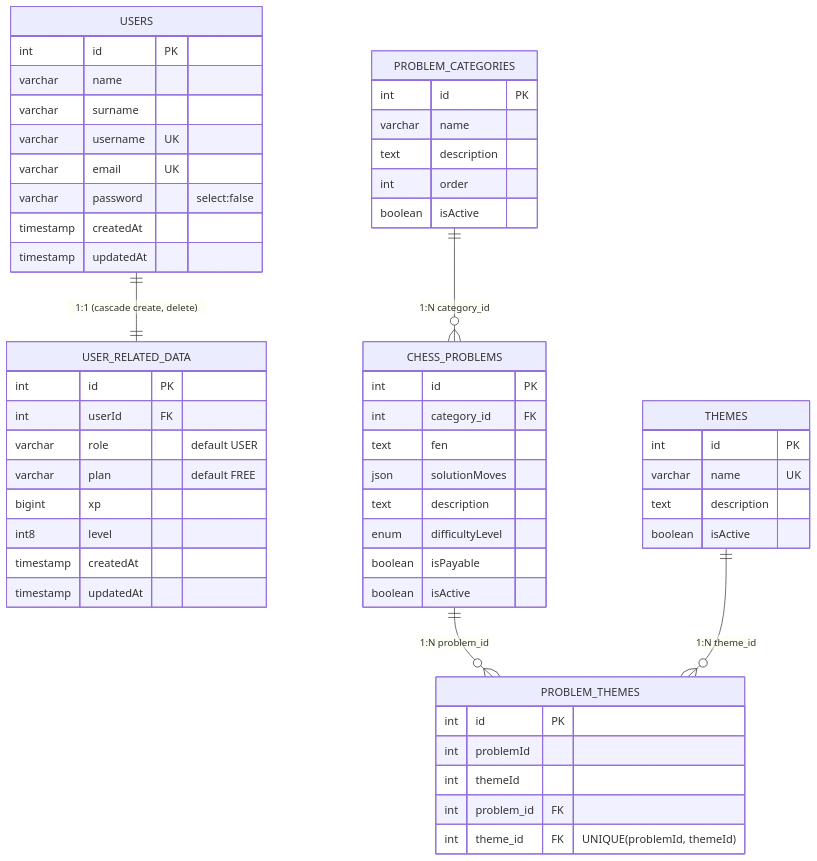
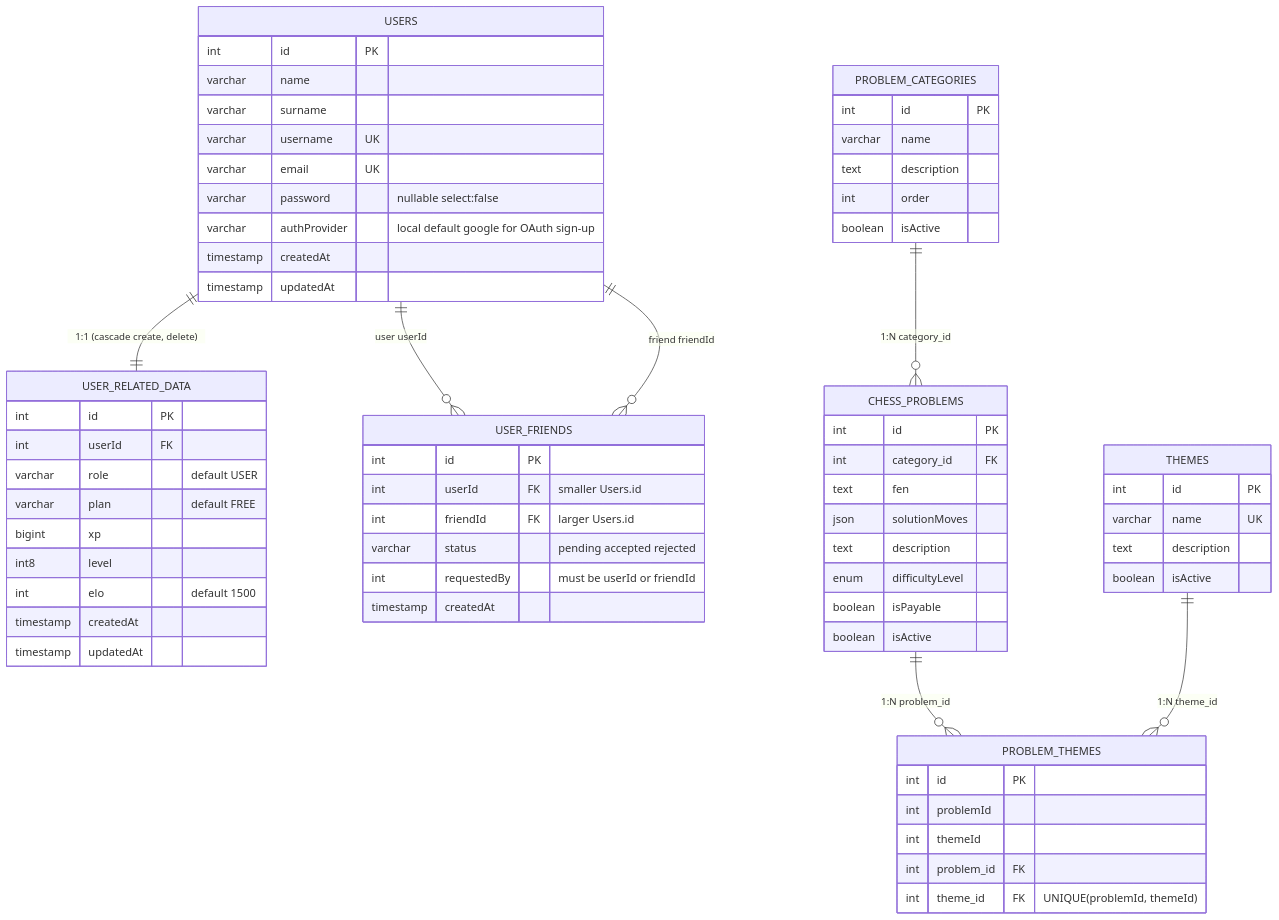
One commit to Aram47/chess-game-monolit-backend changed the first of 3 diagrams in docs/11-erd-databases.md. Above: the diagram before and after it, drawn with Mermaid. The commit also changed other lines of this file and 32 other files, not shown here.

Commit message:
[FEAT](profile): added functionality for the profile data getting, reset password and also friend request feature for the users

````diff
--- a/docs/11-erd-databases.md
+++ b/docs/11-erd-databases.md
@@ -15,64 +15,77 @@
 ```mermaid
 erDiagram
   USERS {
     int id PK
     varchar name
     varchar surname
     varchar username UK
     varchar email UK
-    varchar password "select:false"
+    varchar password "nullable select:false"
+    varchar authProvider "local default google for OAuth sign-up"
     timestamp createdAt
     timestamp updatedAt
   }
 
   USER_RELATED_DATA {
     int id PK
     int userId FK
     varchar role "default USER"
     varchar plan "default FREE"
     bigint xp
     int8 level
+    int elo "default 1500"
     timestamp createdAt
     timestamp updatedAt
+  }
+
+  USER_FRIENDS {
+    int id PK
+    int userId FK "smaller Users.id"
+    int friendId FK "larger Users.id"
+    varchar status "pending accepted rejected"
+    int requestedBy "must be userId or friendId"
+    timestamp createdAt
   }
 
   PROBLEM_CATEGORIES {
     int id PK
     varchar name
     text description
     int order
     boolean isActive
   }
 
   CHESS_PROBLEMS {
     int id PK
     int category_id FK
     text fen
     json solutionMoves
     text description
     enum difficultyLevel
     boolean isPayable
     boolean isActive
   }
 
   THEMES {
     int id PK
     varchar name UK
     text description
     boolean isActive
   }
 
   PROBLEM_THEMES {
     int id PK
     int problemId
     int themeId
     int problem_id FK
     int theme_id FK
     "UNIQUE(problemId, themeId)"
   }
 
   USERS ||--|| USER_RELATED_DATA : "1:1 (cascade create, delete)"
+  USERS ||--o{ USER_FRIENDS : "user userId"
+  USERS ||--o{ USER_FRIENDS : "friend friendId"
   PROBLEM_CATEGORIES ||--o{ CHESS_PROBLEMS : "1:N category_id"
   CHESS_PROBLEMS ||--o{ PROBLEM_THEMES : "1:N problem_id"
   THEMES ||--o{ PROBLEM_THEMES : "1:N theme_id"
 ```
````
